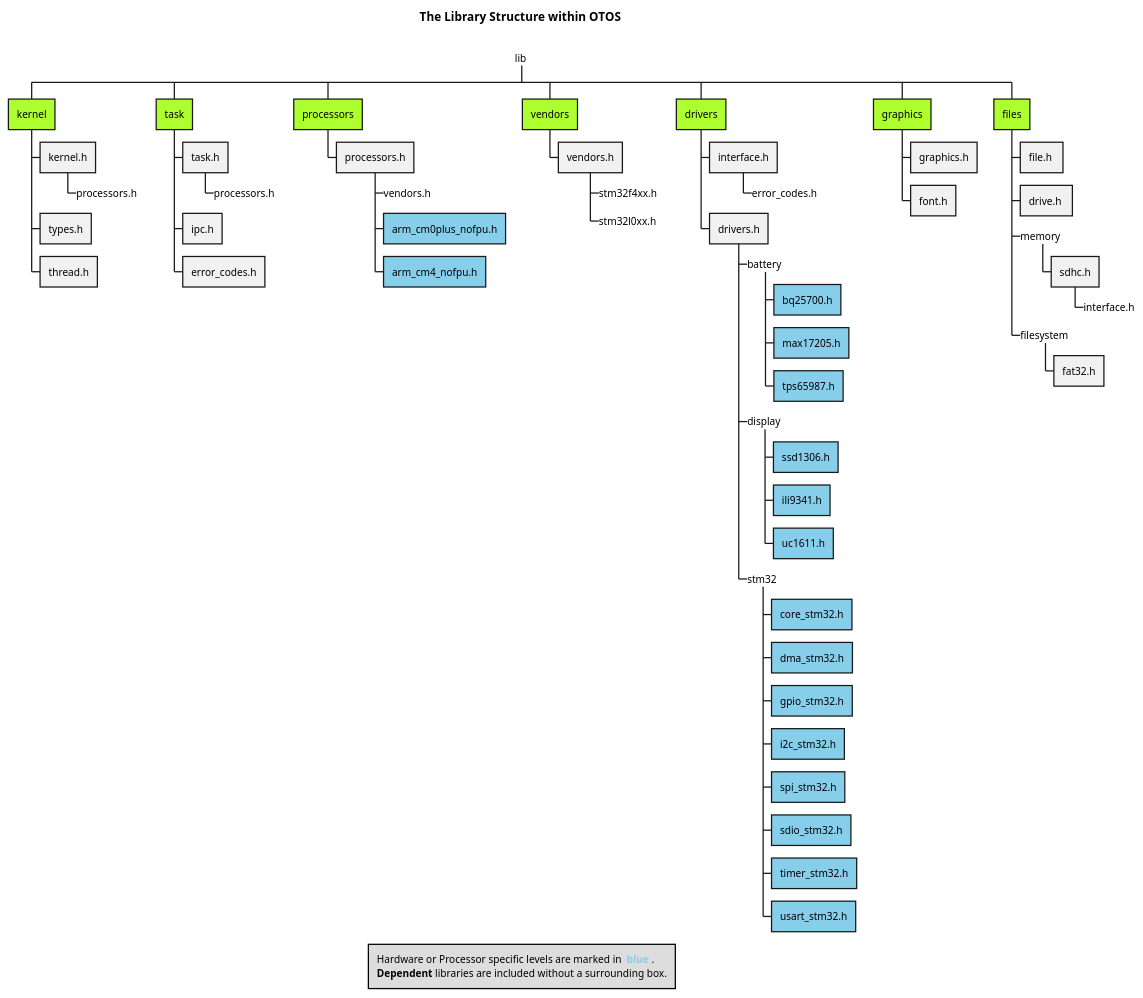
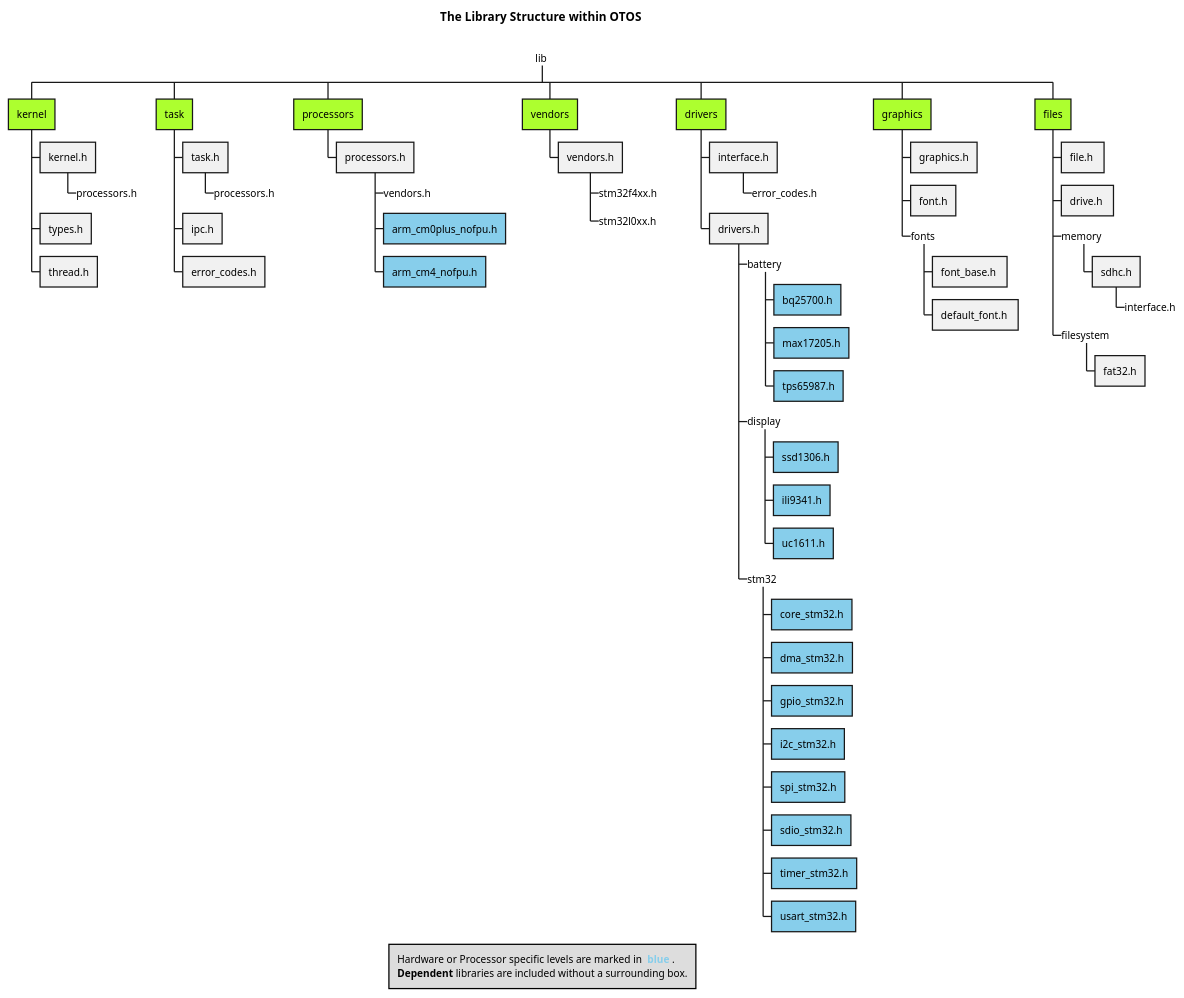
One commit to SebastianOberschwendtner/OTOS changed the diagram in doc/UML/WBS_LibStructure.puml. Above: the diagram before and after it, drawn with PlantUML. The commit also changed 7 other files, not shown here.

```diff
--- a/doc/UML/WBS_LibStructure.puml
+++ b/doc/UML/WBS_LibStructure.puml
@@ -1,73 +1,76 @@
 @startwbs WBS_LibStructure
 title The Library Structure within **OTOS** \n
 legend Hardware or Processor specific levels are marked in **<color #SkyBlue> blue </color>**.\n<b>Dependent</b> libraries are included without a surrounding box.
 
 *_ lib
 
 ' === Kernel ===
 **[#GreenYellow] kernel
 *** kernel.h
 ****_ processors.h
 ' *** schedule.h
 *** types.h
 *** thread.h
 
 ' === Task ===
 **[#GreenYellow] task
 *** task.h
 ****_ processors.h
 *** ipc.h
 *** error_codes.h
 
 ' === Processors ===
 **[#GreenYellow] processors
 *** processors.h
 ****_ vendors.h
 ****[#SkyBlue] arm_cm0plus_nofpu.h
 ****[#SkyBlue] arm_cm4_nofpu.h
 
 ' === Vendors ===
 **[#GreenYellow] vendors
 *** vendors.h
 ****_ stm32f4xx.h
 ****_ stm32l0xx.h
 
 ' === Drivers ===
 **[#GreenYellow] drivers
 *** interface.h
 ****_ error_codes.h
 *** drivers.h
 ****_ battery
 *****[#SkyBlue] bq25700.h
 *****[#SkyBlue] max17205.h
 *****[#SkyBlue] tps65987.h
 ****_ display
 *****[#SkyBlue] ssd1306.h
 *****[#SkyBlue] ili9341.h
 *****[#SkyBlue] uc1611.h
 ****_ stm32
 *****[#SkyBlue] core_stm32.h
 *****[#SkyBlue] dma_stm32.h
 *****[#SkyBlue] gpio_stm32.h
 *****[#SkyBlue] i2c_stm32.h
 *****[#SkyBlue] spi_stm32.h
 *****[#SkyBlue] sdio_stm32.h
 *****[#SkyBlue] timer_stm32.h
 *****[#SkyBlue] usart_stm32.h
 
 ' === Graphics ===
 **[#GreenYellow] graphics
 *** graphics.h
 *** font.h
+***_ fonts
+**** font_base.h 
+**** default_font.h 
 
 ' === Files ===
 **[#GreenYellow] files
 *** file.h 
 *** drive.h 
 ***_ memory 
 **** sdhc.h
 *****_ interface.h
 ***_ filesystem
 **** fat32.h
 
 @endwbs
```
